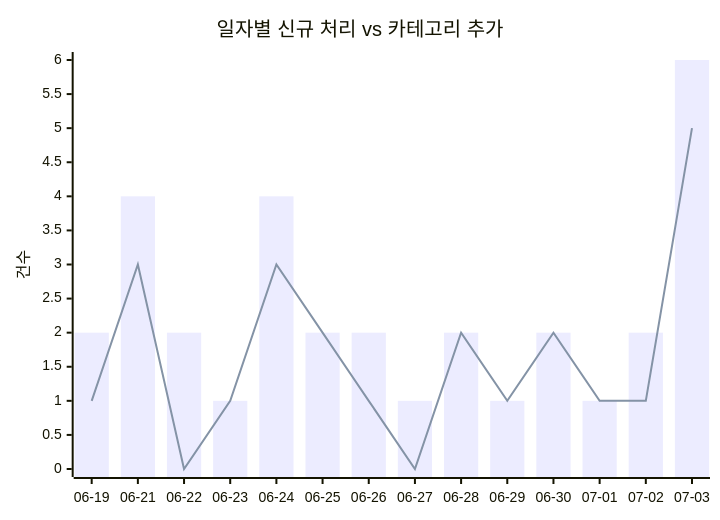
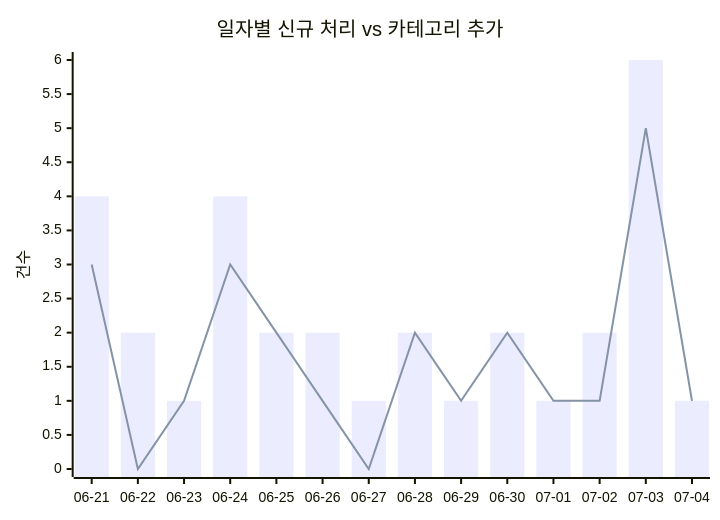
The first of 2 diagrams in docs/trends.md (J-nowcow/awesome-korean-agent-skills), drawn with Mermaid before and after one commit. The commit also changed other lines of this file and 3 other files, not shown here.

````diff
--- a/docs/trends.md
+++ b/docs/trends.md
@@ -32,8 +32,8 @@
 ```mermaid
 xychart-beta
     title "일자별 신규 처리 vs 카테고리 추가"
-    x-axis ["06-19","06-21","06-22","06-23","06-24","06-25","06-26","06-27","06-28","06-29","06-30","07-01","07-02","07-03"]
+    x-axis ["06-21","06-22","06-23","06-24","06-25","06-26","06-27","06-28","06-29","06-30","07-01","07-02","07-03","07-04"]
     y-axis "건수"
-    bar [2,4,2,1,4,2,2,1,2,1,2,1,2,6]
-    line [1,3,0,1,3,2,1,0,2,1,2,1,1,5]
+    bar [4,2,1,4,2,2,1,2,1,2,1,2,6,1]
+    line [3,0,1,3,2,1,0,2,1,2,1,1,5,1]
 ```
````
